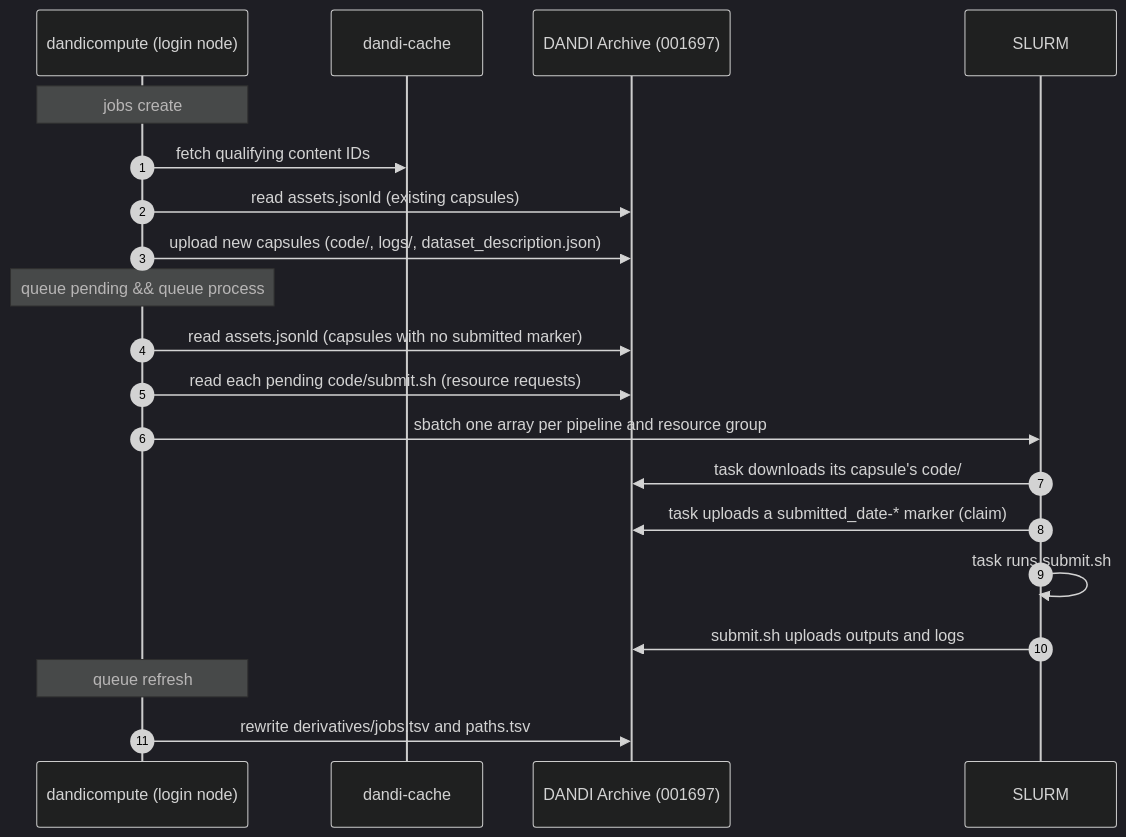
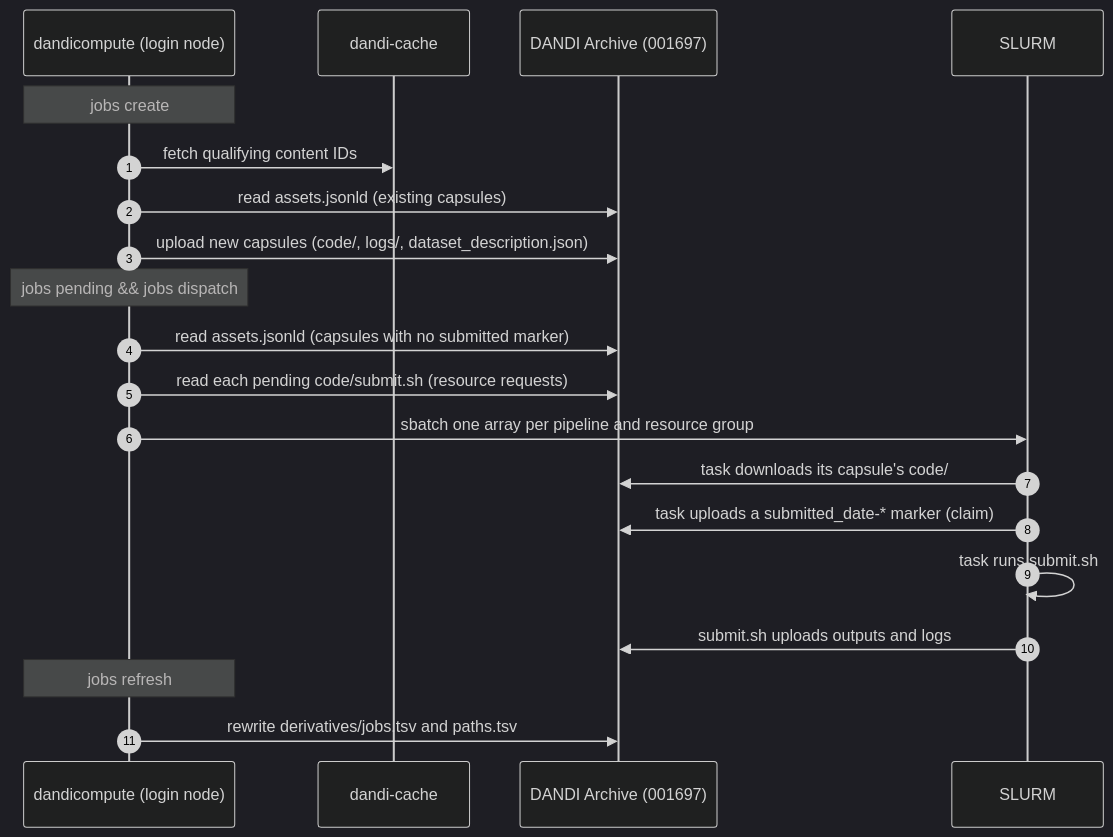
The second of 2 diagrams in docs/overview.md (dandi-compute/dandi-compute-core), drawn with Mermaid (dark theme) before and after one commit. The commit also changed 23 other files, not shown here.

First line of the commit message:
Consolidated the queue CLI group under jobs and clean (#342)

````diff
--- a/docs/overview.md
+++ b/docs/overview.md
@@ -72,26 +72,26 @@
 ```mermaid
 sequenceDiagram
     autonumber
     participant CLI as dandicompute (login node)
     participant Cache as dandi-cache
     participant DANDI as DANDI Archive (001697)
     participant SLURM
 
     Note over CLI: jobs create
     CLI->>Cache: fetch qualifying content IDs
     CLI->>DANDI: read assets.jsonld (existing capsules)
     CLI->>DANDI: upload new capsules (code/, logs/, dataset_description.json)
 
-    Note over CLI: queue pending && queue process
+    Note over CLI: jobs pending && jobs dispatch
     CLI->>DANDI: read assets.jsonld (capsules with no submitted marker)
     CLI->>DANDI: read each pending code/submit.sh (resource requests)
     CLI->>SLURM: sbatch one array per pipeline and resource group
 
     SLURM->>DANDI: task downloads its capsule's code/
     SLURM->>DANDI: task uploads a submitted_date-* marker (claim)
     SLURM->>SLURM: task runs submit.sh
     SLURM->>DANDI: submit.sh uploads outputs and logs
 
-    Note over CLI: queue refresh
+    Note over CLI: jobs refresh
     CLI->>DANDI: rewrite derivatives/jobs.tsv and paths.tsv
 ```
````
